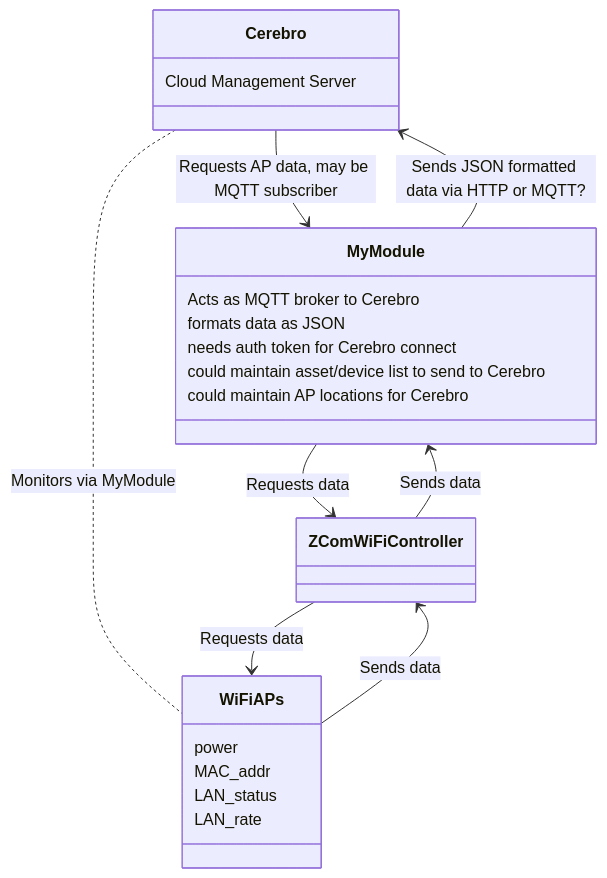
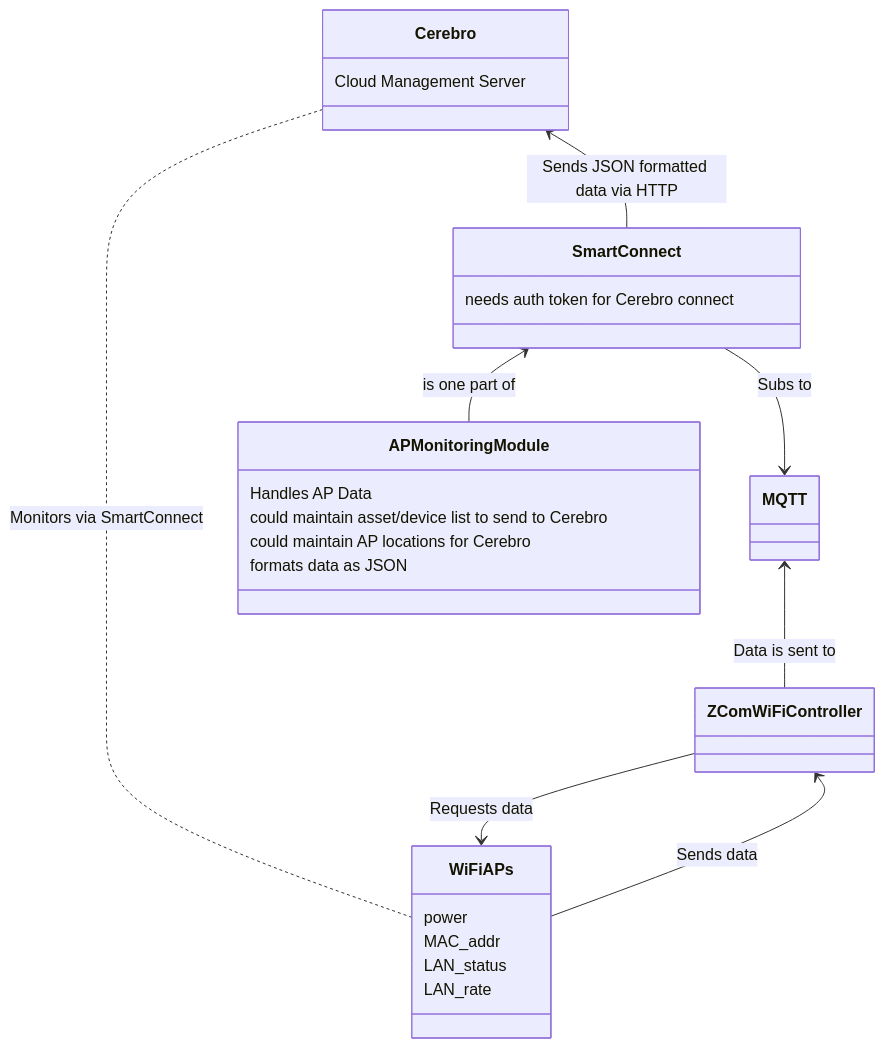
The first of 2 diagrams in ZCom AP Project.md (nicholasverdugo/Obsidian), drawn with Mermaid before and after one commit. The commit also changed other lines of this file and 1 other file, not shown here.

Commit message:
vault backup: 2022-09-20 14:38:41

````diff
--- a/ZCom AP Project.md
+++ b/ZCom AP Project.md
@@ -24,20 +24,20 @@
 ```mermaid
 classDiagram
-Cerebro-->My Module : Requests AP data, may be MQTT subscriber
+Cerebro<--SmartConnect : Sends JSON formatted data via HTTP
 Cerebro : Cloud Management Server
-Cerebro..WiFi APs : Monitors via MyModule
-My Module-->ZCom WiFi Controller : Requests data
-My Module<--ZCom WiFi Controller : Sends data
-My Module-->Cerebro : Sends JSON formatted data via HTTP or MQTT?
-My Module : Acts as MQTT broker to Cerebro
-My Module : formats data as JSON
-My Module : needs auth token for Cerebro connect
-My Module : could maintain asset/device list to send to Cerebro
-My Module : could maintain AP locations for Cerebro
+Cerebro..WiFi APs : Monitors via SmartConnect
+SmartConnect-->MQTT : Subs to
+SmartConnect<--AP Monitoring Module : is one part of
+AP Monitoring Module : Handles AP Data
+AP Monitoring Module : could maintain asset/device list to send to Cerebro
+AP Monitoring Module : could maintain AP locations for Cerebro
+AP Monitoring Module : formats data as JSON
+MQTT<--ZCom WiFi Controller : Data is sent to
+SmartConnect : needs auth token for Cerebro connect
 ZCom WiFi Controller-->WiFi APs : Requests data
 ZCom WiFi Controller<--WiFi APs : Sends data
 WiFi APs : power
 WiFi APs : MAC_addr
 WiFi APs : LAN_status
 WiFi APs : LAN_rate
 ``` 
````
